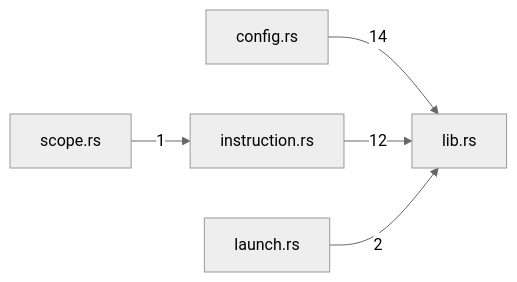
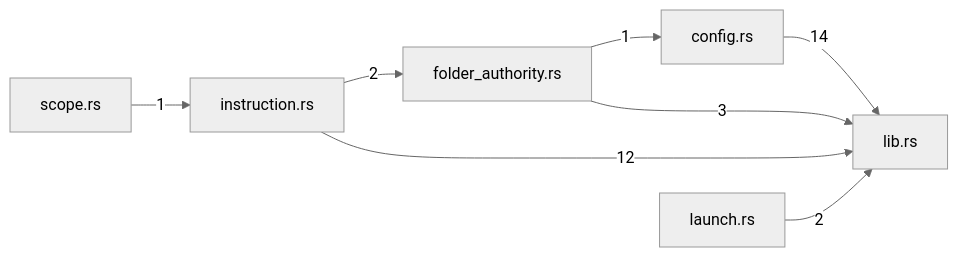
Before and after one commit to TekesApps/TekesKernel: the diagram in crates/profile/docs/generated/index.md, drawn with Mermaid (neutral theme). The commit also changed other lines of this file and 147 other files, not shown here.

````diff
--- a/crates/profile/docs/generated/index.md
+++ b/crates/profile/docs/generated/index.md
@@ -47,12 +50,16 @@
 ```mermaid
 flowchart LR
   m0["config.rs"]
-  m1["instruction.rs"]
-  m2["launch.rs"]
-  m3["lib.rs"]
-  m4["scope.rs"]
-  m0 -->|"14"| m3
-  m1 -->|"12"| m3
-  m2 -->|"2"| m3
-  m4 -->|"1"| m1
+  m1["folder_authority.rs"]
+  m2["instruction.rs"]
+  m3["launch.rs"]
+  m4["lib.rs"]
+  m5["scope.rs"]
+  m0 -->|"14"| m4
+  m1 -->|"1"| m0
+  m1 -->|"3"| m4
+  m2 -->|"2"| m1
+  m2 -->|"12"| m4
+  m3 -->|"2"| m4
+  m5 -->|"1"| m2
 ```
````
